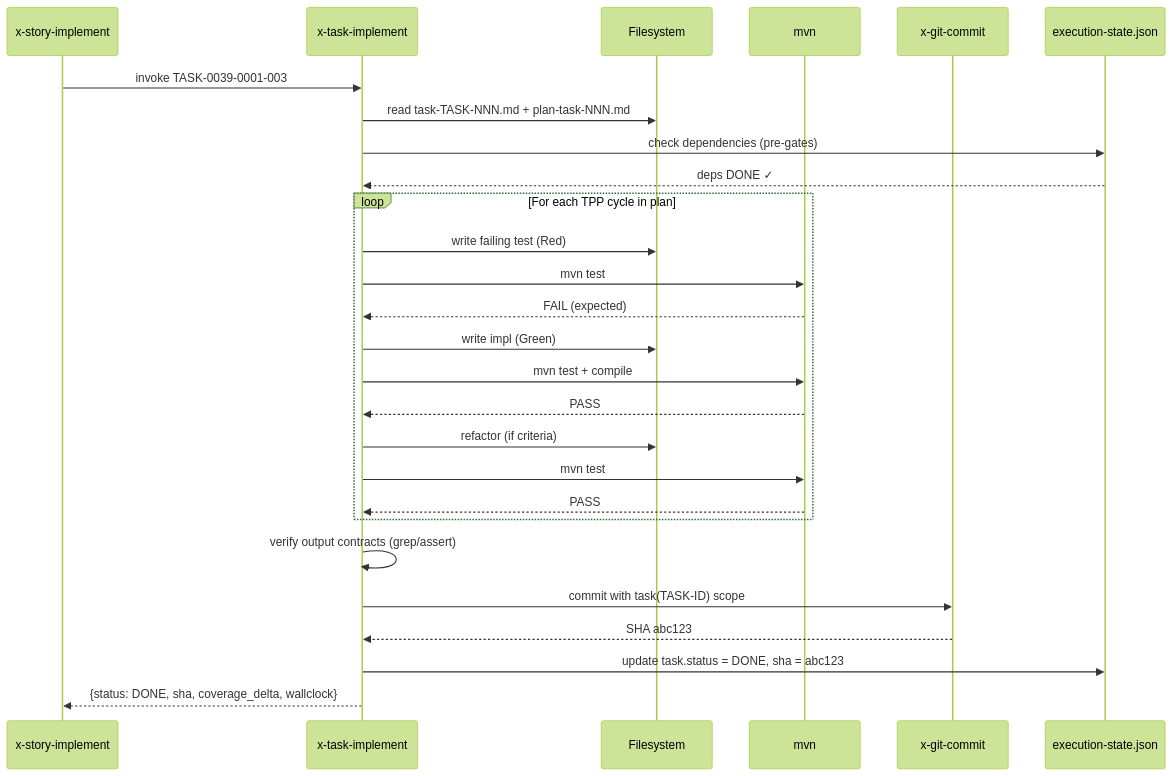
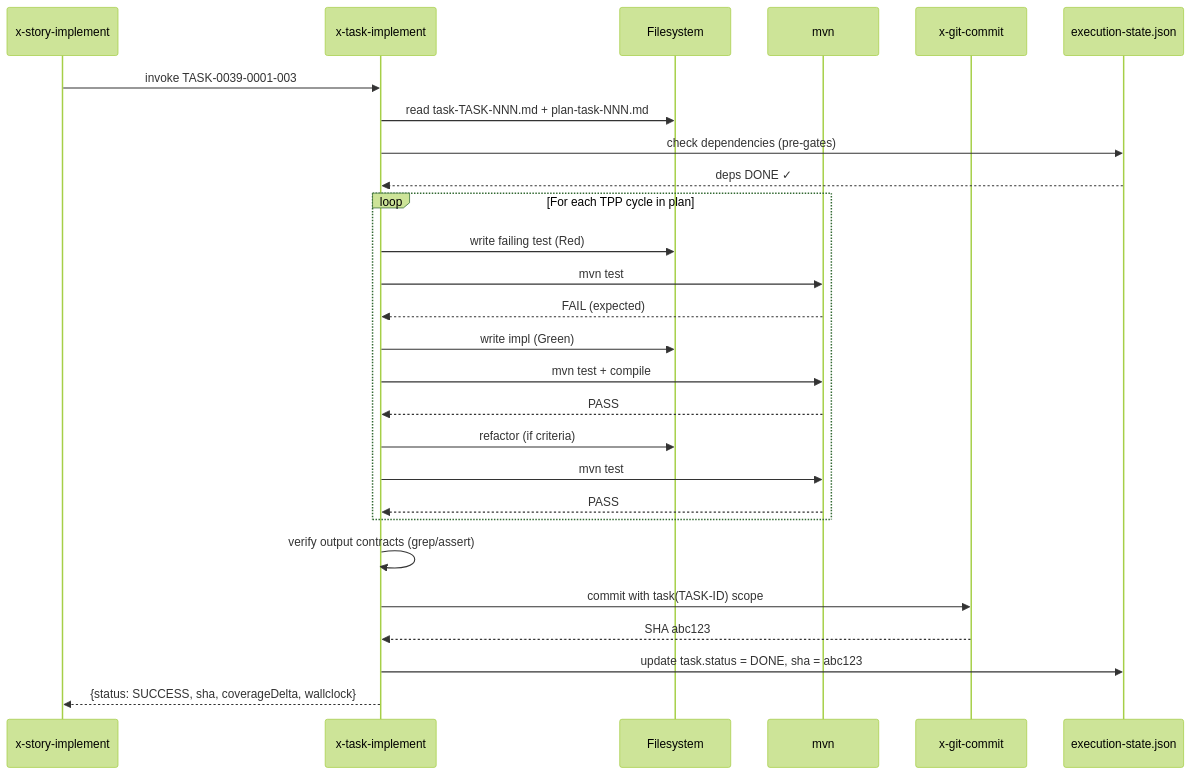
One commit to edercnj/ia-dev-environment changed the first of 2 diagrams in plans/epic-0038/story-0038-0005.md. Above: the diagram before and after it, drawn with Mermaid (forest theme). The commit also changed other lines of this file and 11 other files, not shown here.

````diff
--- a/plans/epic-0038/story-0038-0005.md
+++ b/plans/epic-0038/story-0038-0005.md
@@ -188,30 +188,30 @@
 ```mermaid
 sequenceDiagram
     participant SI as x-story-implement
     participant TI as x-task-implement
     participant FS as Filesystem
     participant MVN as mvn
     participant GC as x-git-commit
     participant ES as execution-state.json
 
     SI->>TI: invoke TASK-0039-0001-003
     TI->>FS: read task-TASK-NNN.md + plan-task-NNN.md
     TI->>ES: check dependencies (pre-gates)
     ES-->>TI: deps DONE ✓
     loop For each TPP cycle in plan
         TI->>FS: write failing test (Red)
         TI->>MVN: mvn test
         MVN-->>TI: FAIL (expected)
         TI->>FS: write impl (Green)
         TI->>MVN: mvn test + compile
         MVN-->>TI: PASS
         TI->>FS: refactor (if criteria)
         TI->>MVN: mvn test
         MVN-->>TI: PASS
     end
     TI->>TI: verify output contracts (grep/assert)
     TI->>GC: commit with task(TASK-ID) scope
     GC-->>TI: SHA abc123
     TI->>ES: update task.status = DONE, sha = abc123
-    TI-->>SI: {status: DONE, sha, coverage_delta, wallclock}
+    TI-->>SI: {status: SUCCESS, sha, coverageDelta, wallclock}
 ```
````
